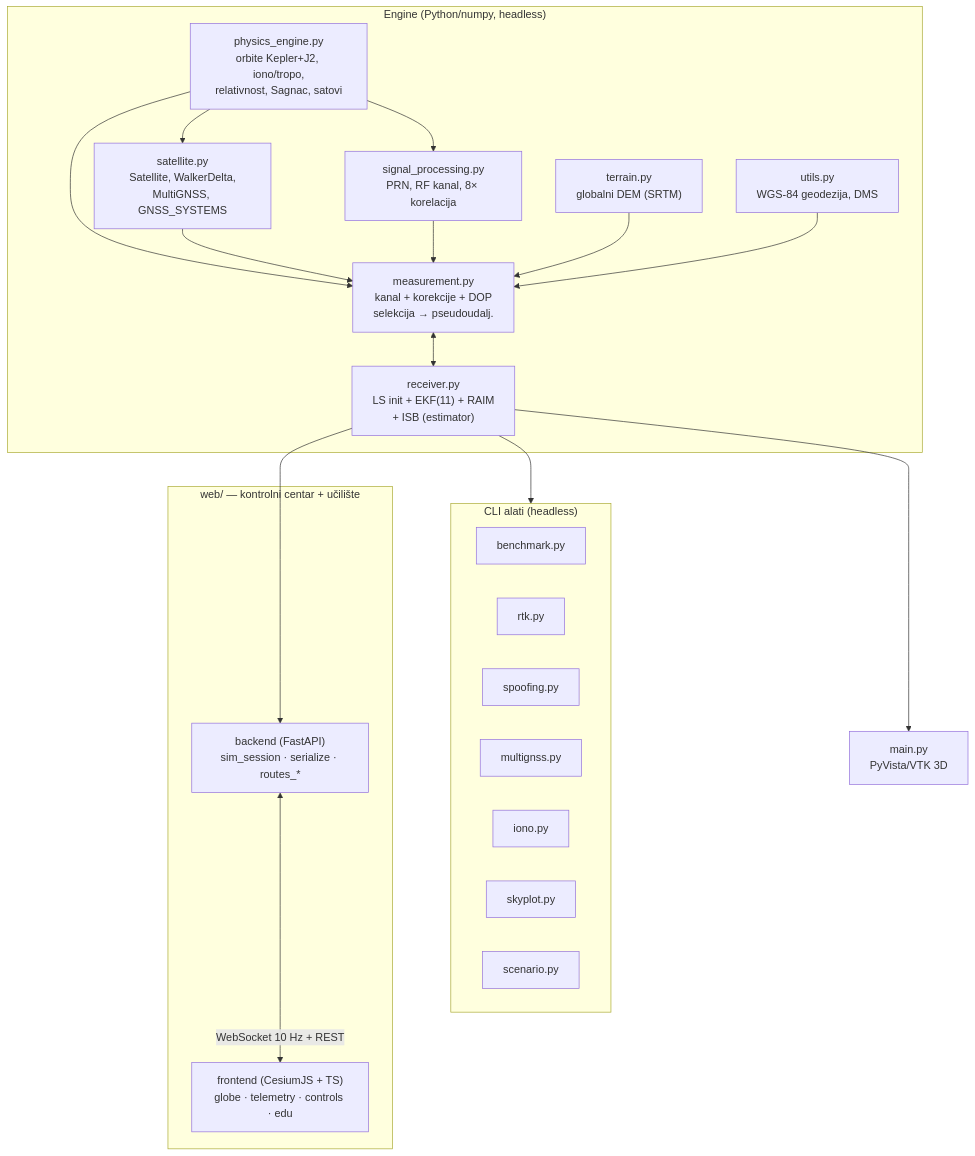
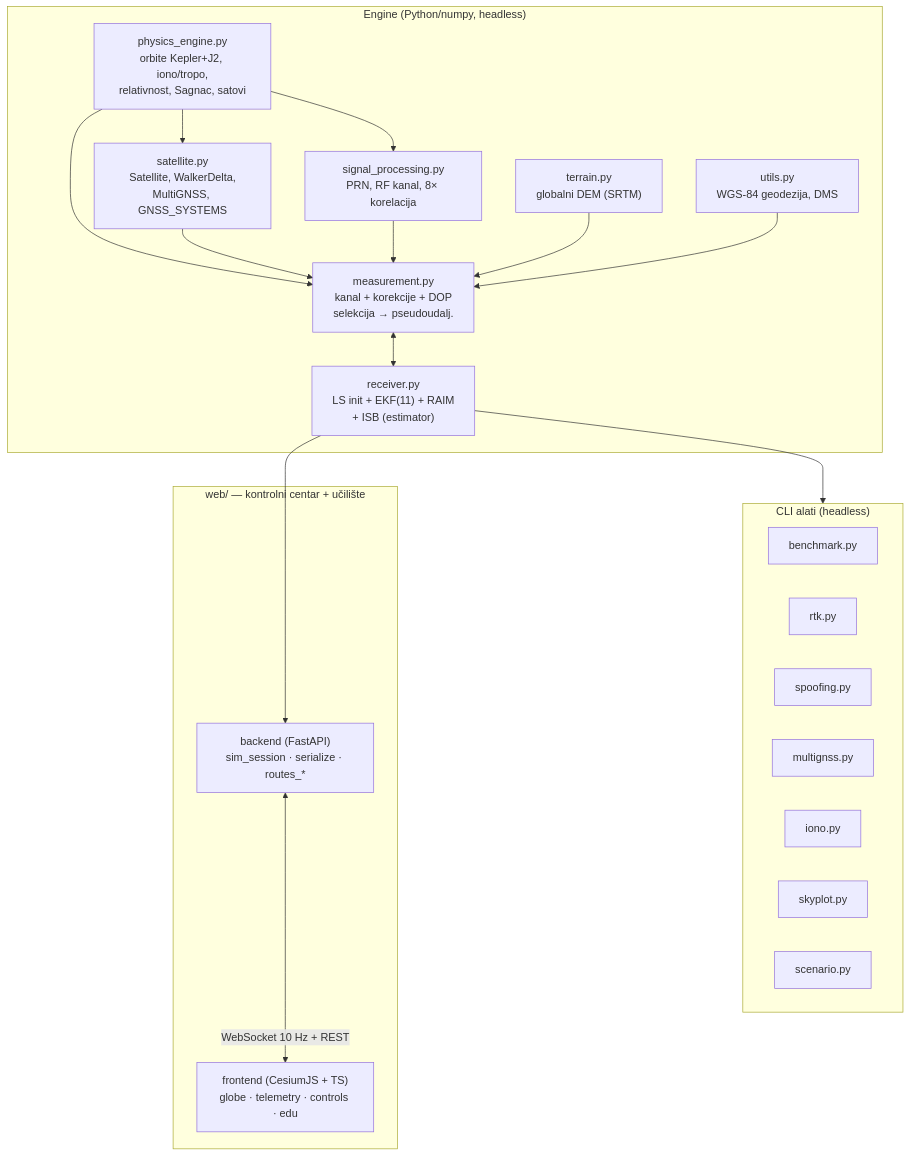
One commit to dodozg/gps-simulator-3d changed the first of 4 diagrams in GPS_Simulator_Documentation.md. Above: the diagram before and after it, drawn with Mermaid. The commit also changed other lines of this file and 12 other files, not shown here.

First line of the commit message:
refactor: §19.3 izbaci desktop (main.py / PyVista) — ostaje samo web sučelje

````diff
--- a/GPS_Simulator_Documentation.md
+++ b/GPS_Simulator_Documentation.md
@@ -40,42 +40,39 @@
 ```mermaid
 flowchart TB
     subgraph ENGINE["Engine (Python/numpy, headless)"]
         PE["physics_engine.py<br/>orbite Kepler+J2, iono/tropo,<br/>relativnost, Sagnac, satovi"]
         SAT["satellite.py<br/>Satellite, WalkerDelta,<br/>MultiGNSS, GNSS_SYSTEMS"]
         SP["signal_processing.py<br/>PRN, RF kanal, 8× korelacija"]
         TER["terrain.py<br/>globalni DEM (SRTM)"]
         MEAS["measurement.py<br/>kanal + korekcije + DOP<br/>selekcija → pseudoudalj."]
         RX["receiver.py<br/>LS init + EKF(11) + RAIM<br/>+ ISB (estimator)"]
         UT["utils.py<br/>WGS-84 geodezija, DMS"]
         PE --> SAT
         PE --> SP
         PE --> MEAS
         SAT --> MEAS
         SP --> MEAS
         TER --> MEAS
         UT --> MEAS
         MEAS <--> RX
     end
 
     subgraph TOOLS["CLI alati (headless)"]
         BM["benchmark.py"]
         RTK["rtk.py"]
         SPOOF["spoofing.py"]
         MG["multignss.py"]
         ION["iono.py"]
         SKY["skyplot.py"]
         SCN["scenario.py"]
     end
 
     subgraph WEB["web/ — kontrolni centar + učilište"]
         BE["backend (FastAPI)<br/>sim_session · serialize · routes_*"]
         FE["frontend (CesiumJS + TS)<br/>globe · telemetry · controls · edu"]
         BE <-->|"WebSocket 10 Hz + REST"| FE
     end
 
-    DESKTOP["main.py<br/>PyVista/VTK 3D"]
-
     RX --> TOOLS
-    RX --> DESKTOP
     RX --> BE
 ```
````
